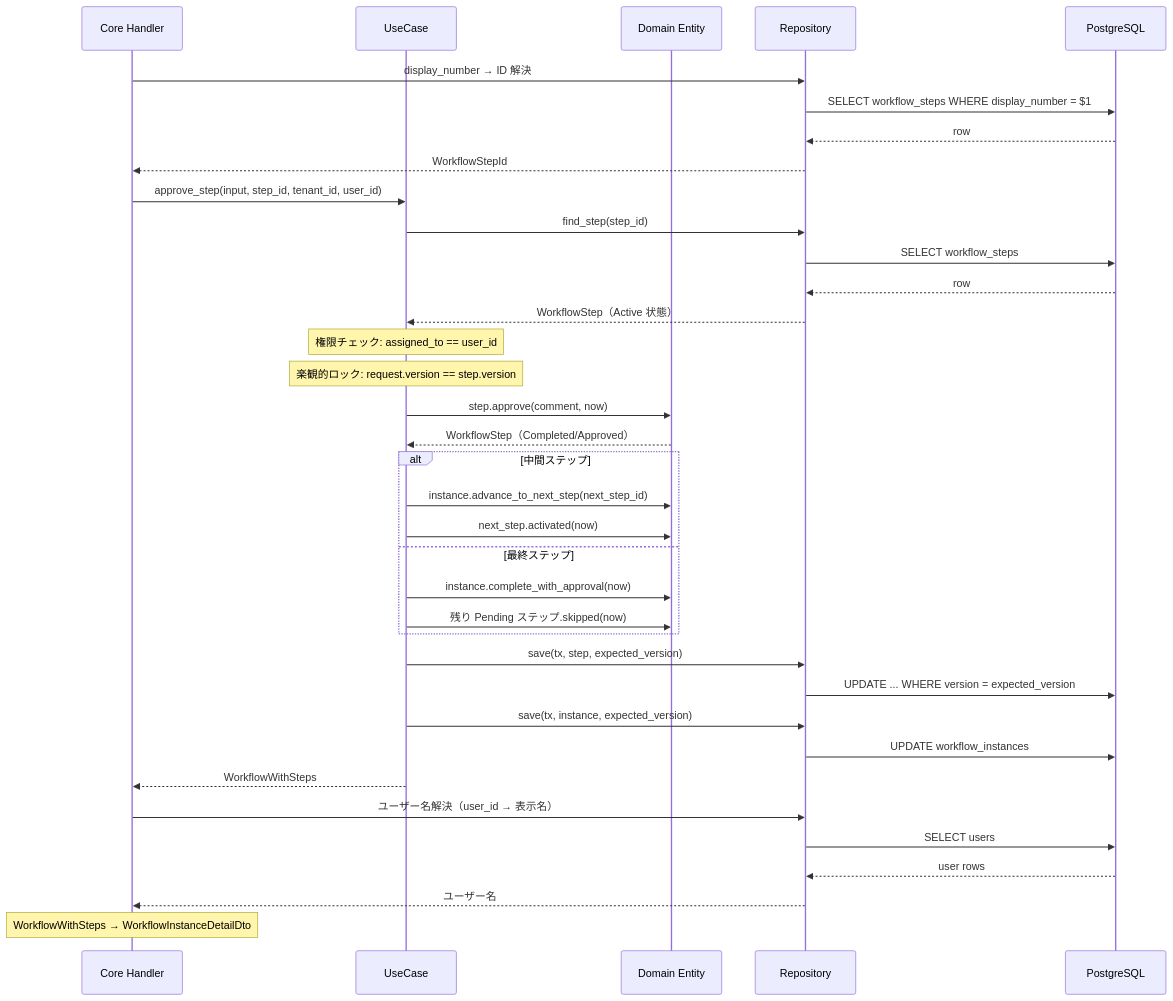
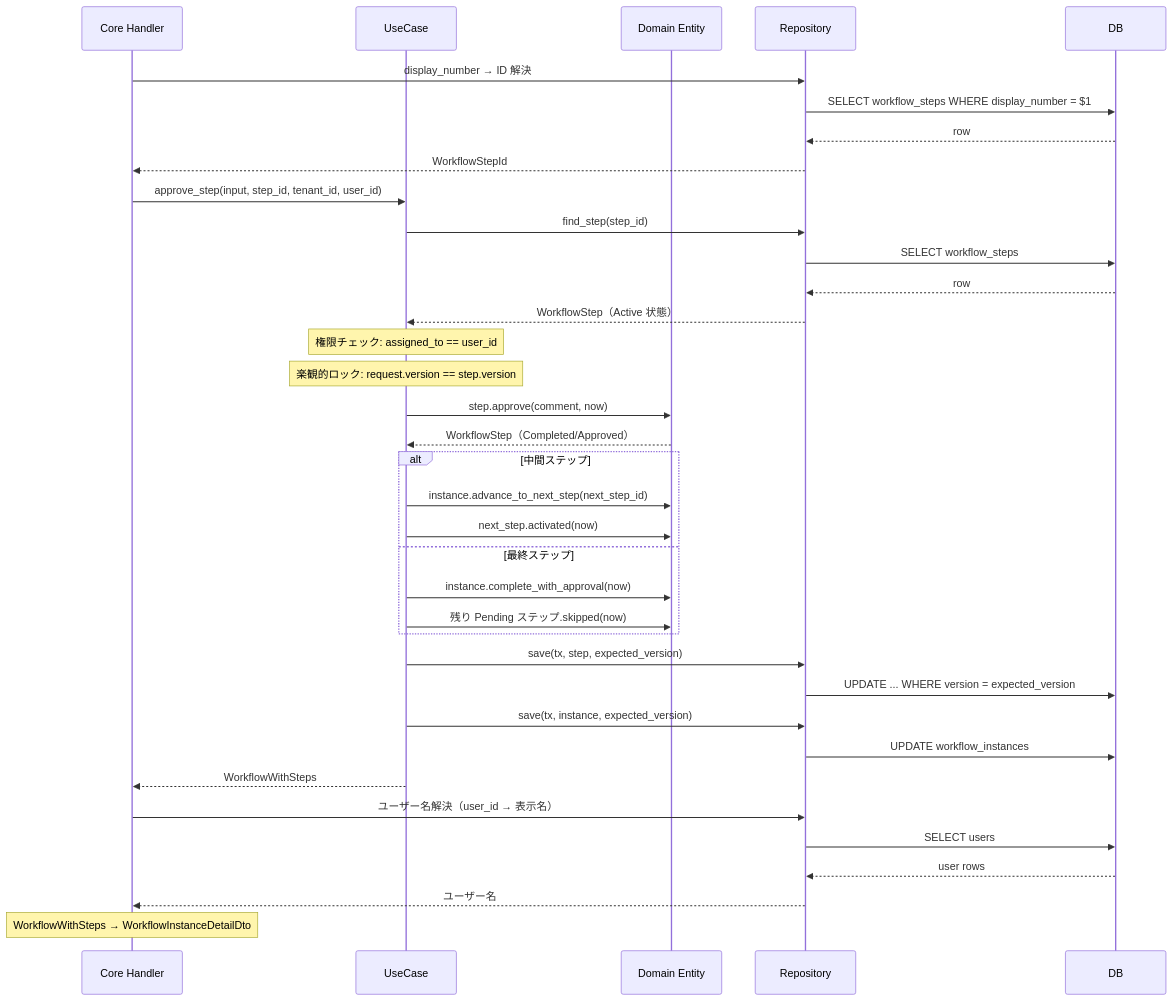
Before and after one commit to ka2kama/ringiflow: the fourth of 6 diagrams in docs/90_実装解説/ワークフロー/02_承認・却下フロー.md, drawn with Mermaid. The commit also changed other lines of this file and 2 other files, not shown here.

````diff
--- a/docs/90_実装解説/ワークフロー/02_承認・却下フロー.md
+++ b/docs/90_実装解説/ワークフロー/02_承認・却下フロー.md
@@ -165,46 +165,46 @@
 ```mermaid
 sequenceDiagram
     participant Handler as Core Handler
     participant UC as UseCase
     participant Domain as Domain Entity
     participant Repo as Repository
-    participant DB as PostgreSQL
+    participant DB as DB
 
     Handler->>Repo: display_number → ID 解決
     Repo->>DB: SELECT workflow_steps WHERE display_number = $1
     DB-->>Repo: row
     Repo-->>Handler: WorkflowStepId
 
     Handler->>UC: approve_step(input, step_id, tenant_id, user_id)
 
     UC->>Repo: find_step(step_id)
     Repo->>DB: SELECT workflow_steps
     DB-->>Repo: row
     Repo-->>UC: WorkflowStep（Active 状態）
 
     Note over UC: 権限チェック: assigned_to == user_id
     Note over UC: 楽観的ロック: request.version == step.version
 
     UC->>Domain: step.approve(comment, now)
     Domain-->>UC: WorkflowStep（Completed/Approved）
 
     alt 中間ステップ
         UC->>Domain: instance.advance_to_next_step(next_step_id)
         UC->>Domain: next_step.activated(now)
     else 最終ステップ
         UC->>Domain: instance.complete_with_approval(now)
         UC->>Domain: 残り Pending ステップ.skipped(now)
     end
 
     UC->>Repo: save(tx, step, expected_version)
     Repo->>DB: UPDATE ... WHERE version = expected_version
     UC->>Repo: save(tx, instance, expected_version)
     Repo->>DB: UPDATE workflow_instances
 
     UC-->>Handler: WorkflowWithSteps
     Handler->>Repo: ユーザー名解決（user_id → 表示名）
     Repo->>DB: SELECT users
     DB-->>Repo: user rows
     Repo-->>Handler: ユーザー名
     Note over Handler: WorkflowWithSteps → WorkflowInstanceDetailDto
 ```
````
